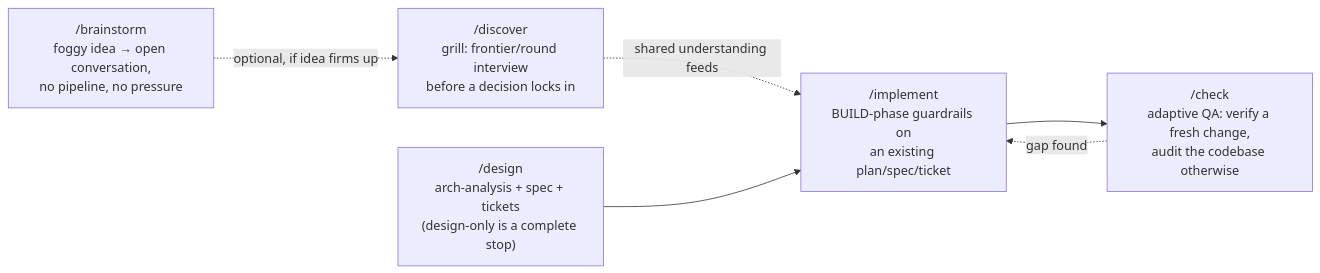
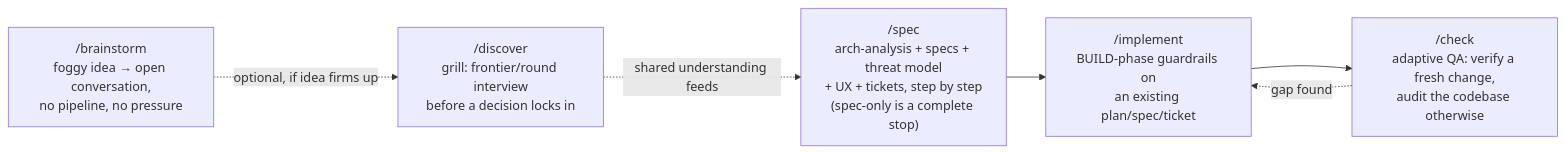
Before and after one commit to fprtm/sdd-pipeline: the eighth of 14 diagrams in docs/ARCHITECTURE.md, drawn with Mermaid. The commit also changed other lines of this file and 18 other files, not shown here.

First line of the commit message:
feat!: rename /design to /spec, make SPEC stepwise, require design.md for UI

````diff
--- a/docs/ARCHITECTURE.md
+++ b/docs/ARCHITECTURE.md
@@ -344,14 +344,14 @@
 ```mermaid
 flowchart LR
     BS["/brainstorm\nfoggy idea → open conversation,\nno pipeline, no pressure"]
     DISC["/discover\ngrill: frontier/round interview\nbefore a decision locks in"]
-    DESIGN["/design\narch-analysis + spec + tickets\n(design-only is a complete stop)"]
+    SPEC["/spec\narch-analysis + specs + threat model\n+ UX + tickets, step by step\n(spec-only is a complete stop)"]
     IMPL["/implement\nBUILD-phase guardrails on\nan existing plan/spec/ticket"]
     CHECK["/check\nadaptive QA: verify a fresh change,\naudit the codebase otherwise"]
 
     BS -.optional, if idea firms up.-> DISC
-    DISC -.shared understanding feeds.-> IMPL
-    DESIGN --> IMPL
+    DISC -.shared understanding feeds.-> SPEC
+    SPEC --> IMPL
     IMPL --> CHECK
     CHECK -.gap found.-> IMPL
 ```
````
